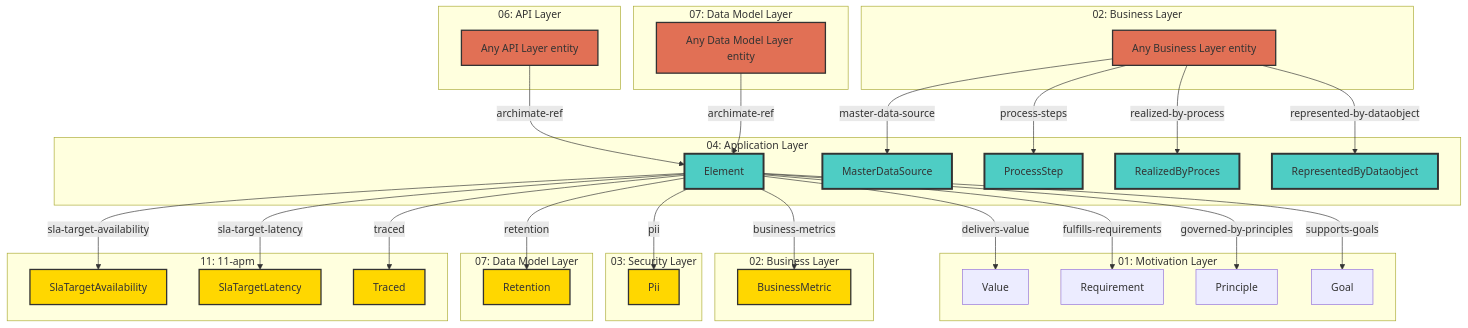
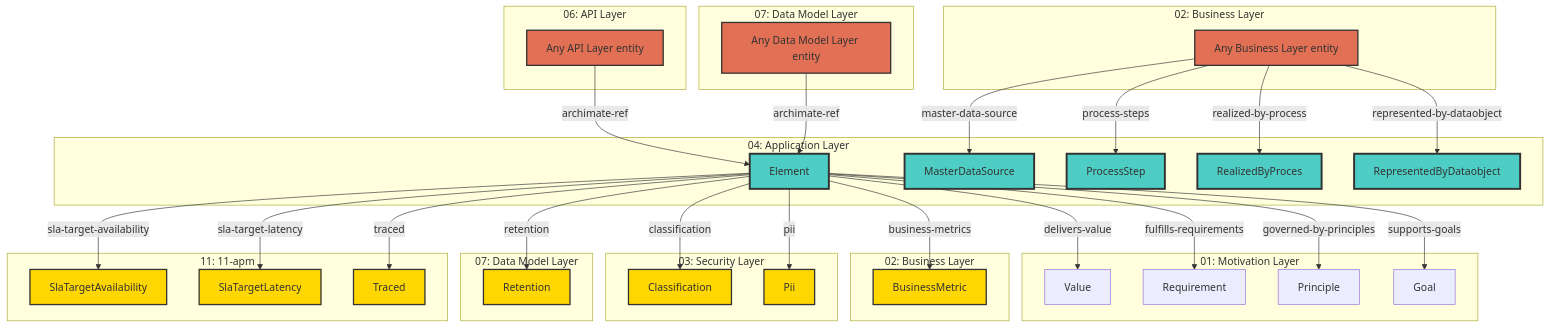
The diagram in reports/layers/04-application-cross-layer.md (tinkermonkey/documentation_robotics), drawn with Mermaid before and after one commit. The commit also changed other lines of this file and 63 other files, not shown here.

```diff
--- a/reports/layers/04-application-cross-layer.md
+++ b/reports/layers/04-application-cross-layer.md
@@ -27,6 +27,7 @@
     target02BusinessMetric["BusinessMetric"]
   end
   subgraph target03Layer["03: Security Layer"]
+    target03Classification["Classification"]
     target03Pii["Pii"]
   end
   subgraph target07Layer["07: Data Model Layer"]
@@ -59,6 +60,7 @@
   thisElement -->|fulfills-requirements| target01Requirement
   thisElement -->|governed-by-principles| target01Principle
   thisElement -->|supports-goals| target01Goal
+  thisElement -->|classification| target03Classification
   thisElement -->|pii| target03Pii
 
   %% Incoming relationships
@@ -84,6 +86,7 @@
   class target01GovernedByPrinciple targetLayerStyle
   class target01SupportsGoal targetLayerStyle
   class target02BusinessMetric targetLayerStyle
+  class target03Classification targetLayerStyle
   class target03Pii targetLayerStyle
   class target07Retention targetLayerStyle
   class target11SlaTargetAvailability targetLayerStyle
```
